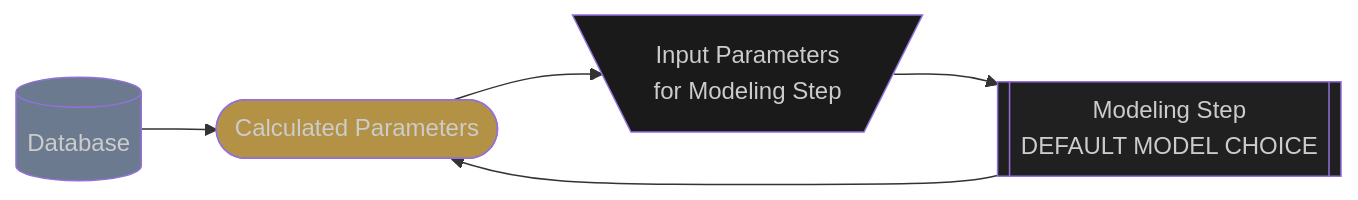
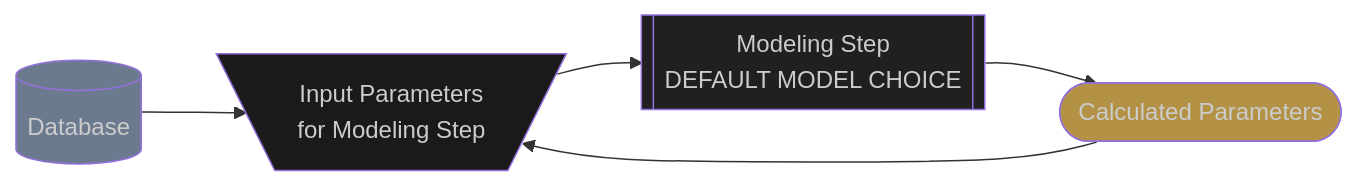
The first of 2 diagrams in src/pv_performance/meteorological_parameters.md (ProximalEnergy/docs-mdbook), drawn with Mermaid before and after one commit. The commit also changed other lines of this file and 2 other files, not shown here.

````diff
--- a/src/pv_performance/meteorological_parameters.md
+++ b/src/pv_performance/meteorological_parameters.md
@@ -27,24 +27,24 @@
 ```mermaid
   flowchart LR
 
   %% --- CLASSES ---
   classDef source fill:#6B7A8F, color:#CCCCCC
   classDef model fill:#202020, color:#CCCCCC
   classDef inputs fill:#1A1A1A, color:#CCCCCC
   classDef outputs fill:#B39245, color:#CCCCCC
 
   database[(Database)]:::source
   model_step[[
     Modeling Step
     DEFAULT MODEL CHOICE
   ]]:::model
   model_inputs[\
     Input Parameters
     for Modeling Step
   /]:::inputs
   model_outputs([Calculated Parameters]):::outputs
 
-  database --> model_outputs
+  database --> model_inputs
   model_inputs --> model_step --> model_outputs --> model_inputs
 
 ```
````
